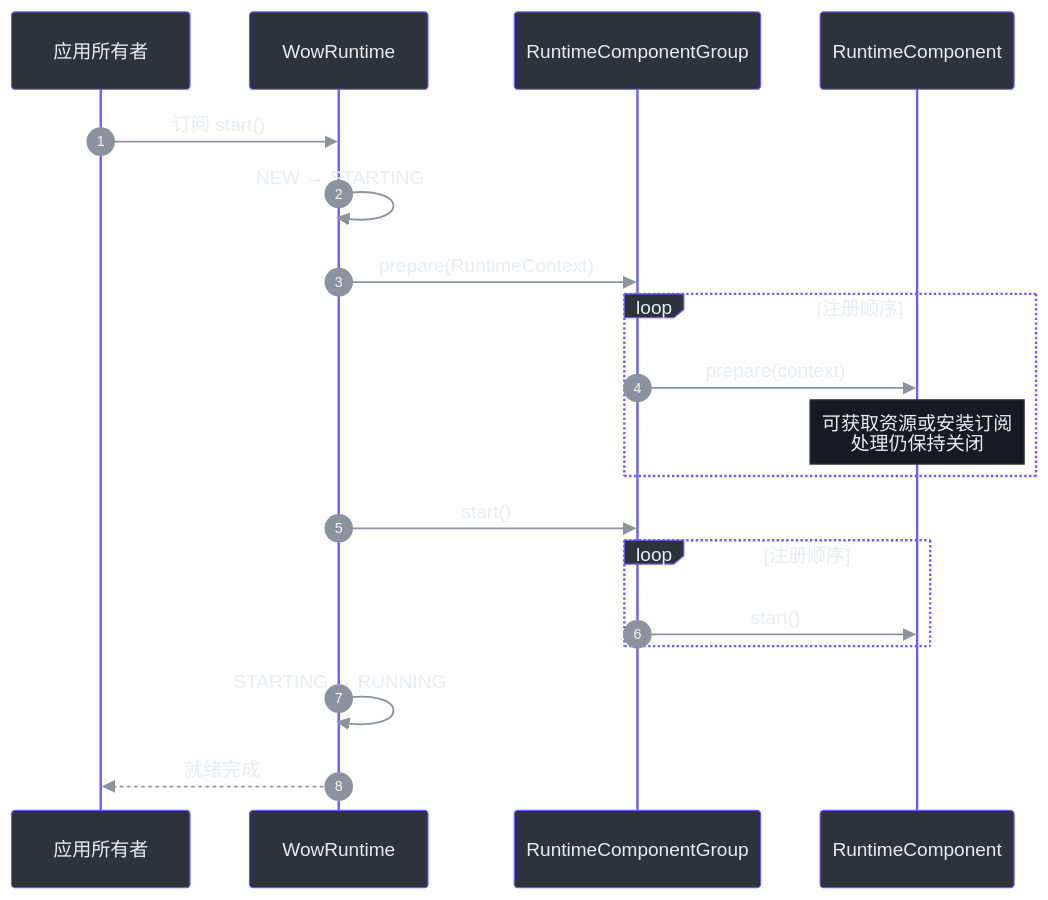
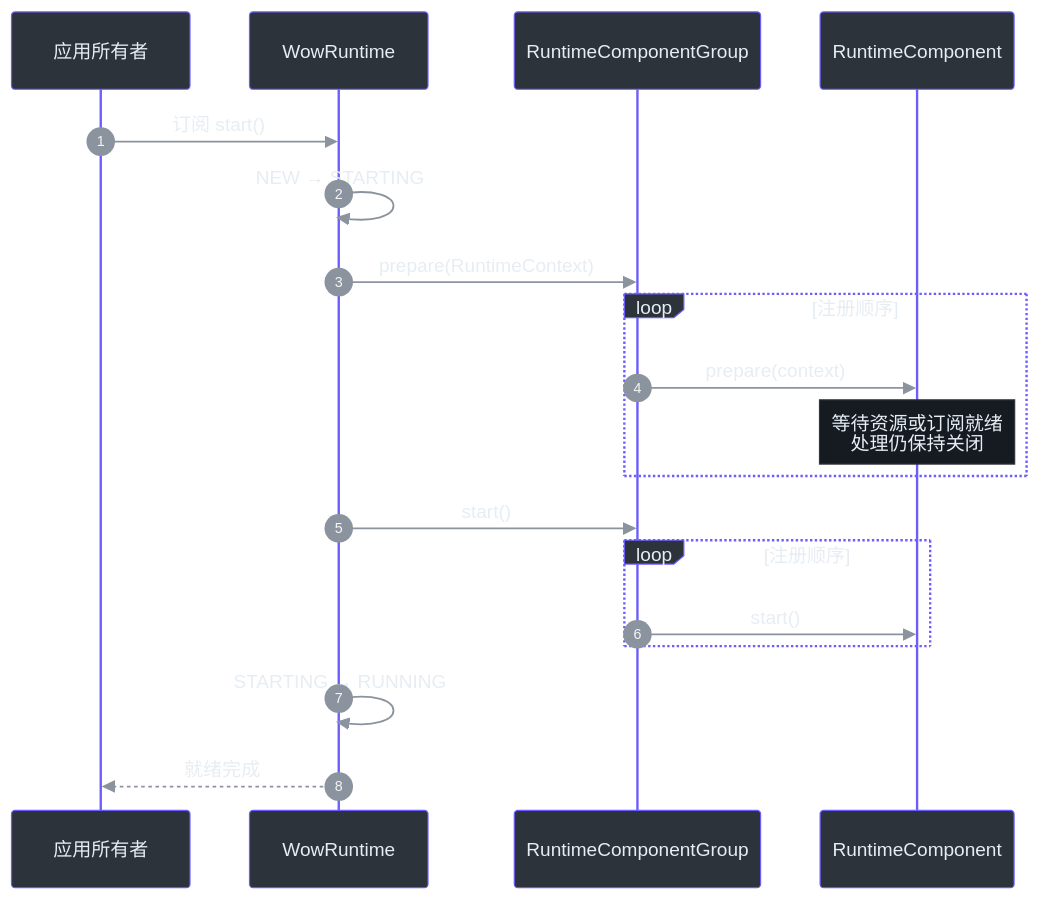
Before and after one commit to Ahoo-Wang/Wow: the third of 5 diagrams in documentation/docs/zh/guide/advanced/runtime-lifecycle.md, drawn with Mermaid. The commit also changed other lines of this file and 55 other files, not shown here.

````diff
--- a/documentation/docs/zh/guide/advanced/runtime-lifecycle.md
+++ b/documentation/docs/zh/guide/advanced/runtime-lifecycle.md
@@ -148,23 +152,23 @@
 ```mermaid
 %%{init: {"theme":"base","themeVariables":{"actorBkg":"#2d333b","actorBorder":"#6d5dfc","actorTextColor":"#e6edf3","signalColor":"#8b949e","signalTextColor":"#e6edf3","noteBkgColor":"#161b22","noteBorderColor":"#30363d","noteTextColor":"#e6edf3","labelBoxBkgColor":"#2d333b","labelBoxBorderColor":"#6d5dfc","labelTextColor":"#e6edf3"}}}%%
 sequenceDiagram
     autonumber
     participant Owner as 应用所有者
     participant Runtime as WowRuntime
     participant Group as RuntimeComponentGroup
     participant Components as RuntimeComponent
 
     Owner->>Runtime: 订阅 start()
     Runtime->>Runtime: NEW → STARTING
     Runtime->>Group: prepare(RuntimeContext)
     loop 注册顺序
         Group->>Components: prepare(context)
-        Note over Components: 可获取资源或安装订阅<br>处理仍保持关闭
+        Note over Components: 等待资源或订阅就绪<br>处理仍保持关闭
     end
     Runtime->>Group: start()
     loop 注册顺序
         Group->>Components: start()
     end
     Runtime->>Runtime: STARTING → RUNNING
     Runtime-->>Owner: 就绪完成
 ```
````
